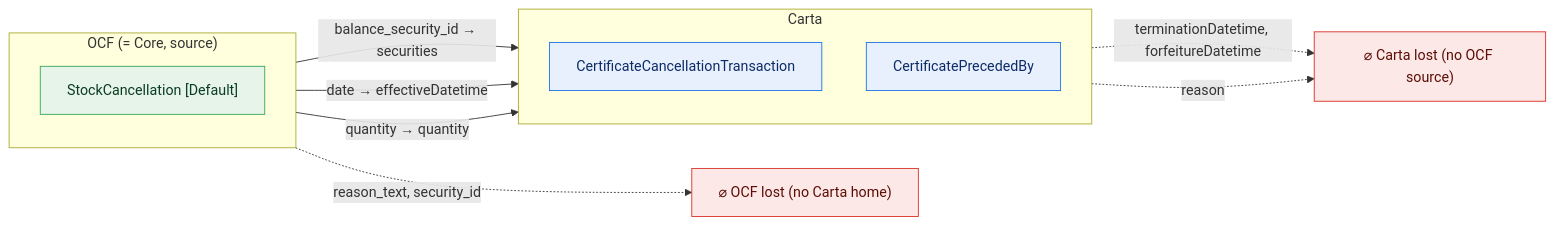
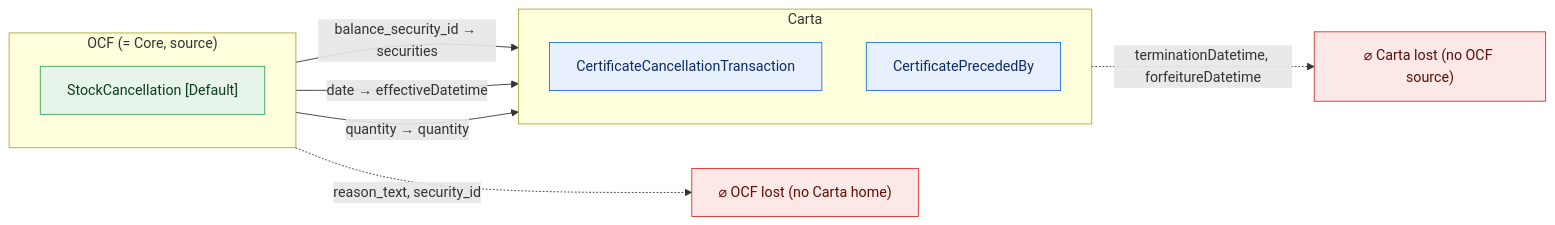
Before and after one commit to Open-Cap-Table-Coalition/OCF-Composed-Schemas: diagram 21 of 47 in docs/core-bidirectional-flow.md, drawn with Mermaid. The commit also changed other lines of this file and 5 other files, not shown here.

First line of the commit message:
Composite const: flow the fixed reasons into the final lineage objects too

````diff
--- a/docs/core-bidirectional-flow.md
+++ b/docs/core-bidirectional-flow.md
@@ -632,24 +631,23 @@
 ```mermaid
 flowchart LR
   classDef adm fill:#e6f4ea,stroke:#34a853,color:#0b3d20;
   classDef notadm fill:#f1f3f4,stroke:#9aa0a6,color:#5f6368,stroke-dasharray:4 3;
   classDef carta fill:#e8f0fe,stroke:#1a73e8,color:#0d2b66;
   classDef lost fill:#fce8e6,stroke:#d93025,color:#5c0d06;
   subgraph SRC["OCF (= Core, source)"]
     direction TB
     o0["StockCancellation [Default]"]:::adm
   end
   subgraph TGT["Carta"]
     direction TB
     t0["CertificateCancellationTransaction"]:::carta
     t1["CertificatePrecededBy"]:::carta
   end
   ocflost["⌀ OCF lost (no Carta home)"]:::lost
   cartalost["⌀ Carta lost (no OCF source)"]:::lost
   o0 -->|"balance_security_id → securities"| t1
   o0 -->|"date → effectiveDatetime"| t0
   o0 -->|"quantity → quantity"| t0
   o0 -.->|"reason_text, security_id"| ocflost
   t0 -.->|"terminationDatetime, forfeitureDatetime"| cartalost
-  t1 -.->|"reason"| cartalost
 ```
````
